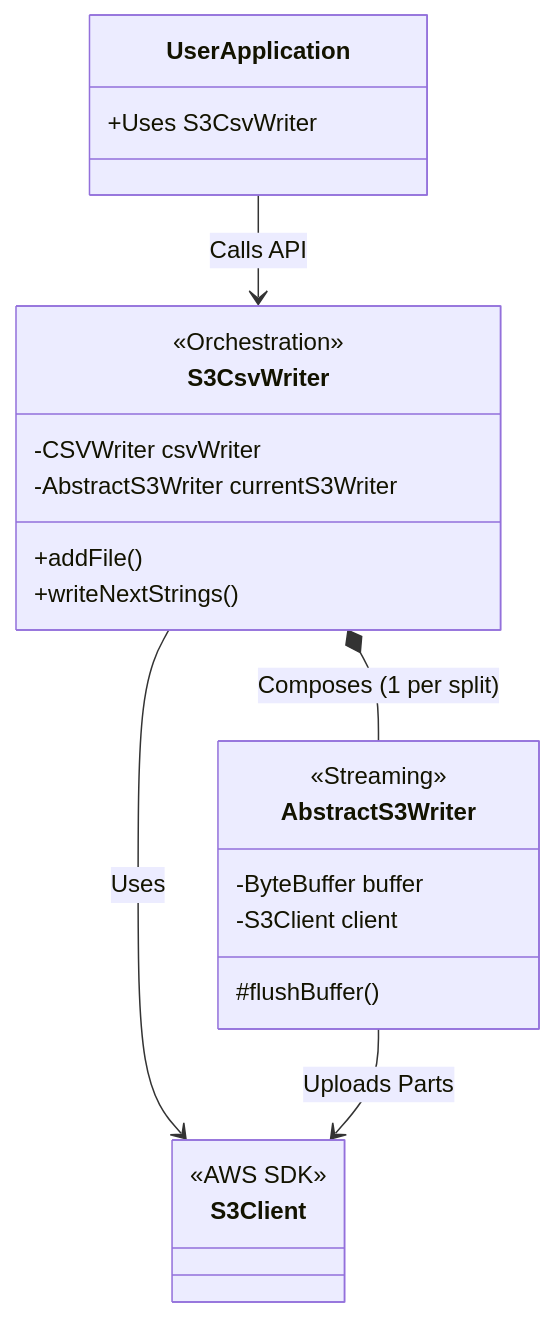
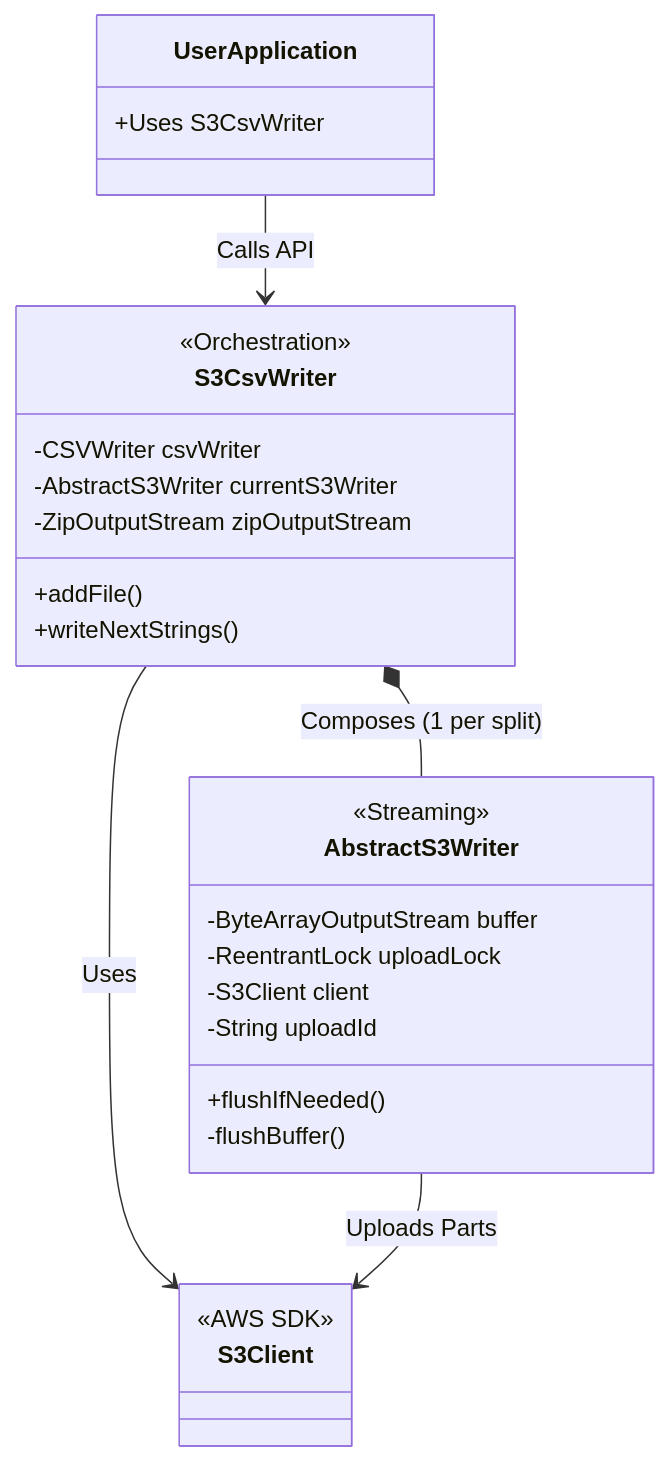
The first of 2 diagrams in README.md (daksha-rongala-clear/CSV-Writer), drawn with Mermaid before and after one commit. The commit also changed other lines of this file and 8 other files, not shown here.

````diff
--- a/README.md
+++ b/README.md
@@ -26,31 +26,35 @@
 ```mermaid
 classDiagram
     direction TB
     class UserApplication {
         +Uses S3CsvWriter
     }
     
     class S3CsvWriter {
         <<Orchestration>>
         -CSVWriter csvWriter
         -AbstractS3Writer currentS3Writer
+        -ZipOutputStream zipOutputStream
         +addFile()
         +writeNextStrings()
     }
     
     class AbstractS3Writer {
         <<Streaming>>
-        -ByteBuffer buffer
+        -ByteArrayOutputStream buffer
+        -ReentrantLock uploadLock
         -S3Client client
-        #flushBuffer()
+        -String uploadId
+        +flushIfNeeded()
+        -flushBuffer()
     }
     
     class S3Client {
         <<AWS SDK>>
     }
 
     UserApplication --> S3CsvWriter : Calls API
     S3CsvWriter *-- AbstractS3Writer : Composes (1 per split)
     S3CsvWriter --> S3Client : Uses
     AbstractS3Writer --> S3Client : Uploads Parts
 ```
````
